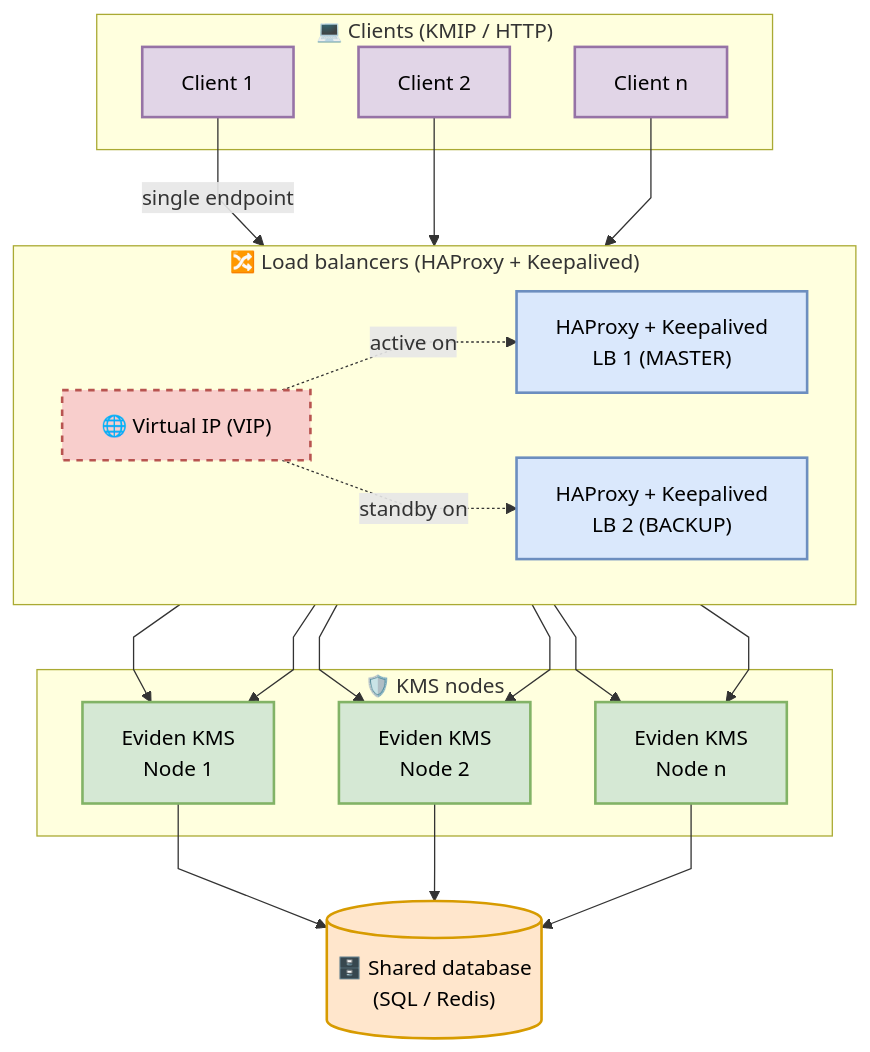
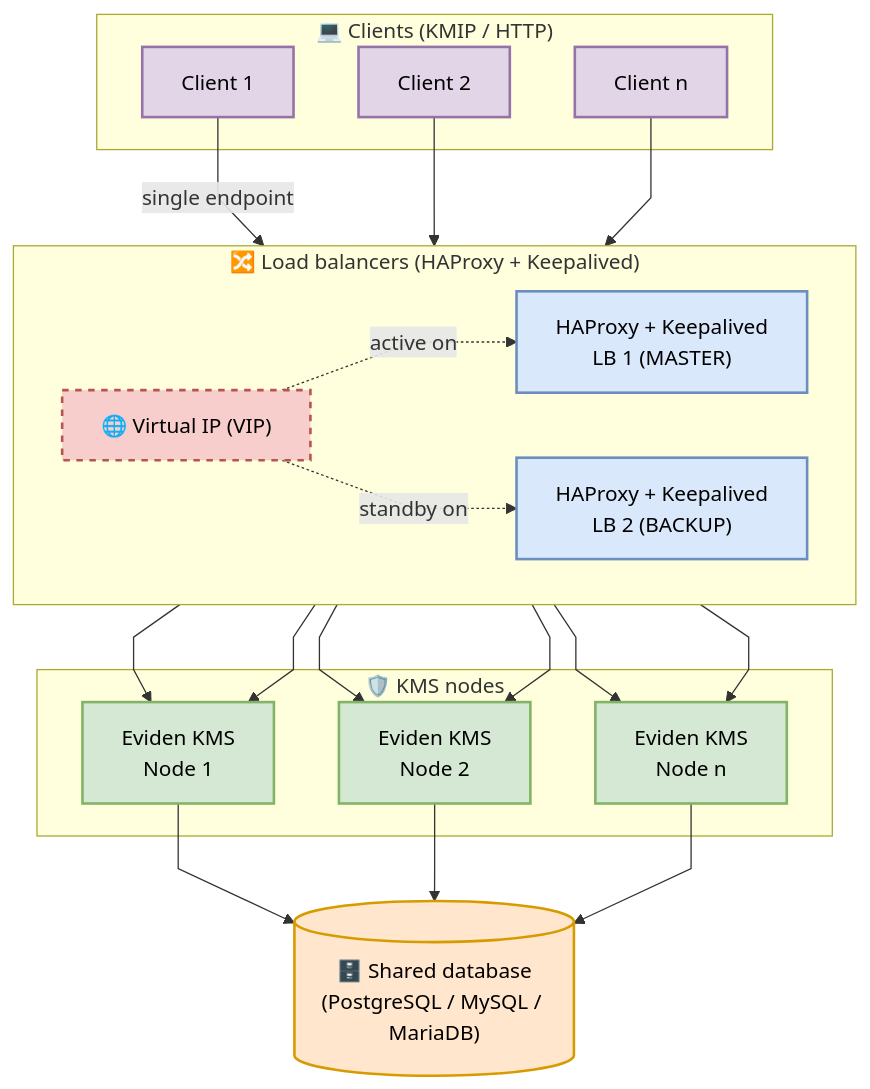
The diagram in documentation/docs/installation/haproxy_keepalived.md (Cosmian/kms), drawn with Mermaid before and after one commit. The commit also changed other lines of this file and 6 other files, not shown here.

````diff
--- a/documentation/docs/installation/haproxy_keepalived.md
+++ b/documentation/docs/installation/haproxy_keepalived.md
@@ -19,42 +19,42 @@
 ```mermaid
 %%{init: {"flowchart": {"curve": "linear"}}}%%
 flowchart TB
     %% Styling (reuses the same palette as the previous diagram version)
     classDef client fill:#e1d5e7,stroke:#9673a6,stroke-width:2px,color:#000
     classDef vip fill:#f8cecc,stroke:#b85450,stroke-width:2px,stroke-dasharray: 5 5,color:#000
     classDef lb fill:#dae8fc,stroke:#6c8ebf,stroke-width:2px,color:#000
     classDef kms fill:#d5e8d4,stroke:#82b366,stroke-width:2px,color:#000
     classDef db fill:#ffe6cc,stroke:#d79b00,stroke-width:2px,color:#000
 
     subgraph clients_group["💻 Clients (KMIP / HTTP)"]
         client1["Client 1"]:::client
         client2["Client 2"]:::client
         clientN["Client n"]:::client
     end
 
     subgraph lb_cluster["🔀 Load balancers (HAProxy + Keepalived)"]
         direction LR
         vip["🌐 Virtual IP (VIP)"]:::vip
         lb1["HAProxy + Keepalived<br/>LB 1 (MASTER)"]:::lb
         lb2["HAProxy + Keepalived<br/>LB 2 (BACKUP)"]:::lb
     end
 
     subgraph kms_cluster["🛡️ KMS nodes"]
         node1["Eviden KMS<br/>Node 1"]:::kms
         node2["Eviden KMS<br/>Node 2"]:::kms
         nodeN["Eviden KMS<br/>Node n"]:::kms
     end
 
-    db[("🗄️ Shared database<br/>(SQL / Redis)")]:::db
+    db[("🗄️ Shared database<br/>(PostgreSQL / MySQL / MariaDB)")]:::db
 
     client1 -->|single endpoint| vip
     client2 --> vip
     clientN --> vip
 
     vip -.->|active on| lb1
     vip -.->|standby on| lb2
 
     lb1 --> node1 & node2 & nodeN
     lb2 --> node1 & node2 & nodeN
     node1 & node2 & nodeN --> db
 ```
````
